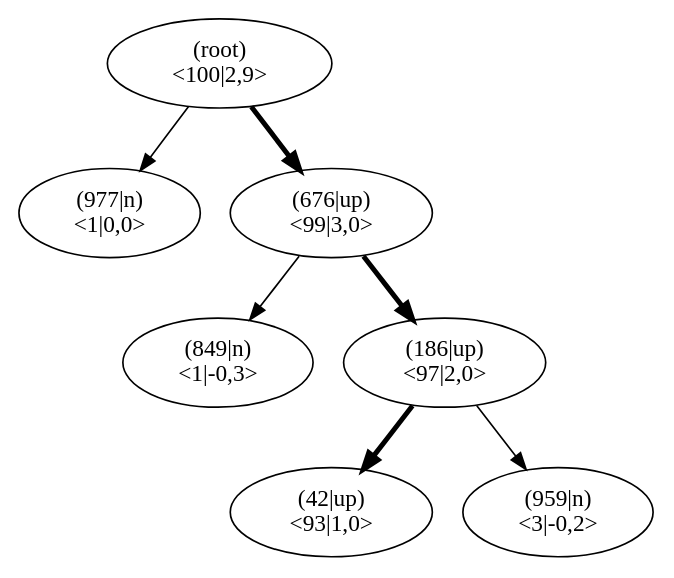
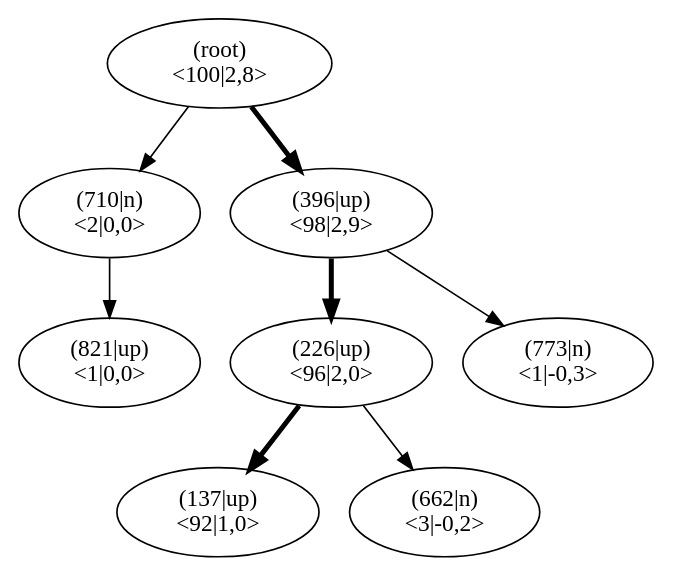
One commit to JonasHellgren/relexp-java changed the diagram in pictures/ch13/jumper_test_mcts.dot. Above: the diagram before and after it, drawn with Graphviz. The commit also changed 39 other files, not shown here.

```diff
--- a/pictures/ch13/jumper_test_mcts.dot
+++ b/pictures/ch13/jumper_test_mcts.dot
@@ -1,23 +1,26 @@
 digraph MCTS {
 node [shape=ellipse];
 Nroot [label="(root)
-<100|2,9>"];
-Nroot -> N977[penwidth=1];
-N977 [label="(977|n)
+<100|2,8>"];
+Nroot -> N710[penwidth=1];
+N710 [label="(710|n)
+<2|0,0>"];
+N710 -> N821[penwidth=1];
+N821 [label="(821|up)
 <1|0,0>"];
-Nroot -> N676[penwidth=3];
-N676 [label="(676|up)
-<99|3,0>"];
-N676 -> N849[penwidth=1];
-N849 [label="(849|n)
+Nroot -> N396[penwidth=3];
+N396 [label="(396|up)
+<98|2,9>"];
+N396 -> N226[penwidth=3];
+N226 [label="(226|up)
+<96|2,0>"];
+N226 -> N137[penwidth=3];
+N137 [label="(137|up)
+<92|1,0>"];
+N226 -> N662[penwidth=1];
+N662 [label="(662|n)
+<3|-0,2>"];
+N396 -> N773[penwidth=1];
+N773 [label="(773|n)
 <1|-0,3>"];
-N676 -> N186[penwidth=3];
-N186 [label="(186|up)
-<97|2,0>"];
-N186 -> N42[penwidth=3];
-N42 [label="(42|up)
-<93|1,0>"];
-N186 -> N959[penwidth=1];
-N959 [label="(959|n)
-<3|-0,2>"];
 }
```
